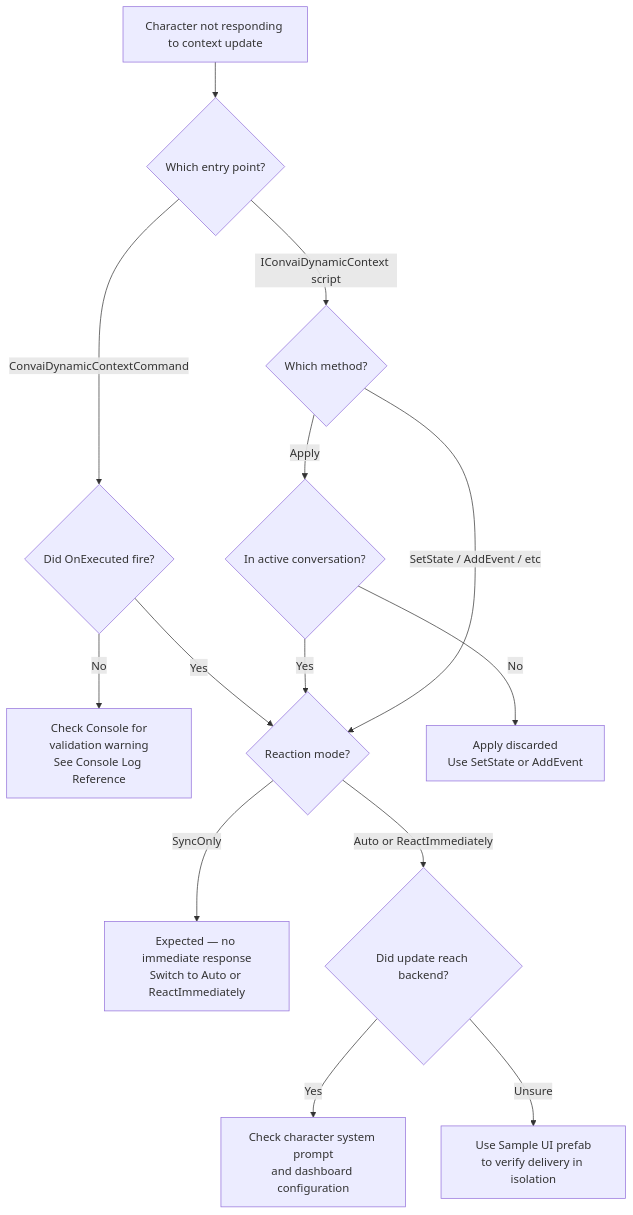
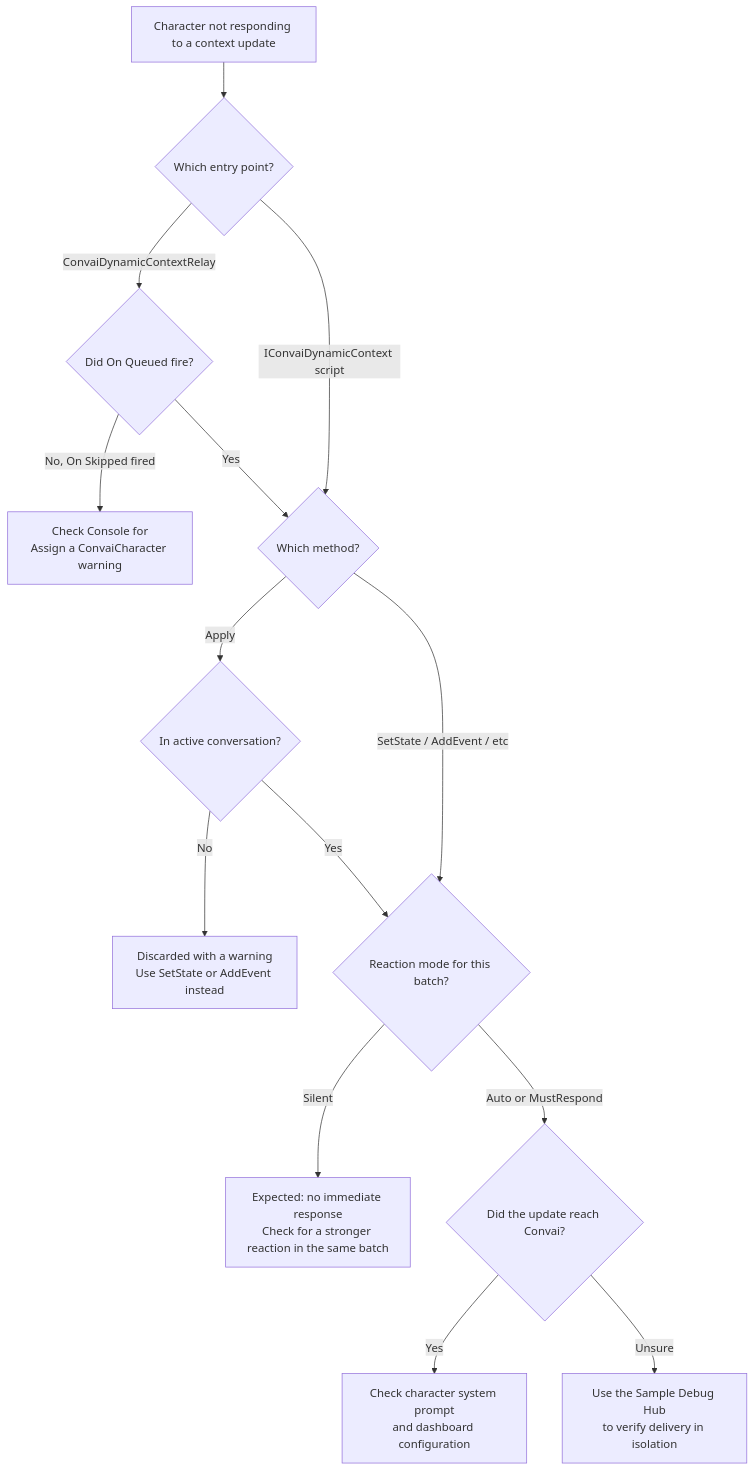
The diagram in plugins-and-integrations/convai-unity-sdk/features/dynamic-context/troubleshoot-dynamic-context.md (Conv-AI/Convai-Documentation), drawn with Mermaid before and after one commit. The commit also changed other lines of this file and 10 other files, not shown here.

First line of the commit message:
docs(unity): rewrite dynamic context for the v4.4.0 relay/tracker model

````diff
--- a/plugins-and-integrations/convai-unity-sdk/features/dynamic-context/troubleshoot-dynamic-context.md
+++ b/plugins-and-integrations/convai-unity-sdk/features/dynamic-context/troubleshoot-dynamic-context.md
@@ -127,16 +99,16 @@
 ```mermaid
 flowchart TD
-    A[Character not responding to context update] --> B{Which entry point?}
-    B -- ConvaiDynamicContextCommand --> C{Did OnExecuted fire?}
-    C -- No --> D[Check Console for\nvalidation warning\nSee Console Log Reference]
-    C -- Yes --> E{Reaction mode?}
-    B -- IConvaiDynamicContext script --> F{Which method?}
-    F -- Apply --> G{In active conversation?}
-    G -- No --> H[Apply discarded\nUse SetState or AddEvent]
-    G -- Yes --> E
-    F -- SetState / AddEvent / etc --> E
-    E -- SyncOnly --> I[Expected — no immediate response\nSwitch to Auto or ReactImmediately]
-    E -- Auto or ReactImmediately --> J{Did update reach backend?}
+    A[Character not responding to a context update] --> B{Which entry point?}
+    B -- ConvaiDynamicContextRelay --> C{Did On Queued fire?}
+    C -- No, On Skipped fired --> D[Check Console for\nAssign a ConvaiCharacter warning]
+    C -- Yes --> E{Which method?}
+    B -- IConvaiDynamicContext script --> E
+    E -- Apply --> F{In active conversation?}
+    F -- No --> G[Discarded with a warning\nUse SetState or AddEvent instead]
+    F -- Yes --> H{Reaction mode for this batch?}
+    E -- SetState / AddEvent / etc --> H
+    H -- Silent --> I[Expected: no immediate response\nCheck for a stronger reaction in the same batch]
+    H -- Auto or MustRespond --> J{Did the update reach Convai?}
     J -- Yes --> K[Check character system prompt\nand dashboard configuration]
-    J -- Unsure --> L[Use Sample UI prefab\nto verify delivery in isolation]
+    J -- Unsure --> L[Use the Sample Debug Hub\nto verify delivery in isolation]
 ```
````
